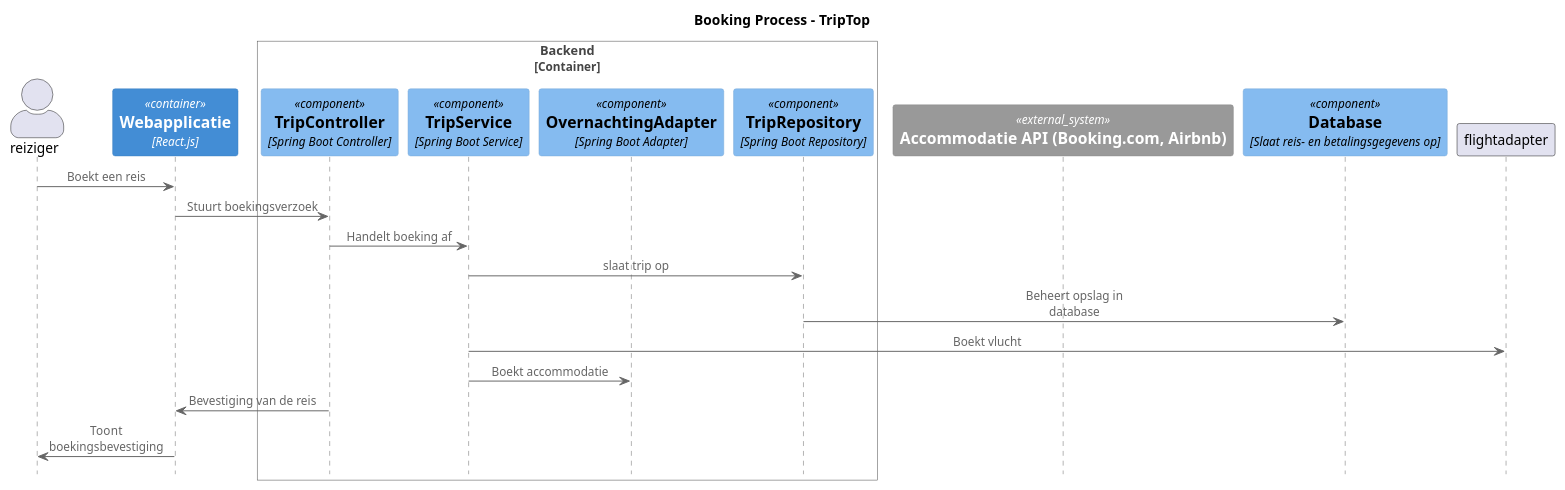
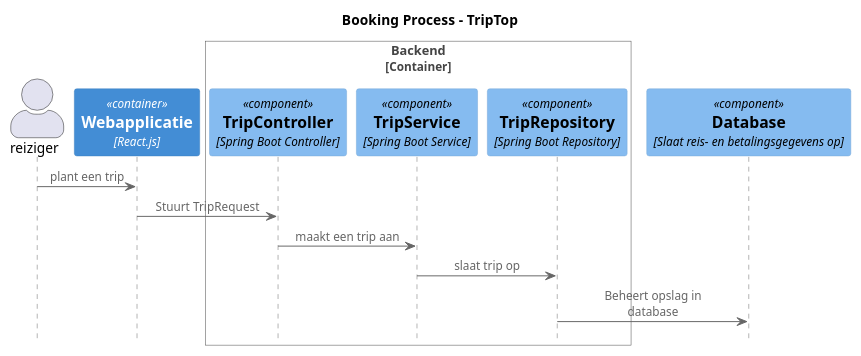
One commit to AIM-ENE-feb25/triptop-livingin-s-pain-nouri-siebe-boris changed the diagram in Nouri bijdrage/SequenceOnderwerpVraag.puml. Above: the diagram before and after it, drawn with PlantUML. The commit also changed 9 other files, not shown here.

```diff
--- a/Nouri bijdrage/SequenceOnderwerpVraag.puml
+++ b/Nouri bijdrage/SequenceOnderwerpVraag.puml
@@ -1,31 +1,25 @@
 @startuml
 !include https://raw.githubusercontent.com/plantuml-stdlib/C4-PlantUML/master/C4_Sequence.puml
 title Booking Process - TripTop
 
 actor reiziger
 
 
     Container(webApp, "Webapplicatie", "React.js", "Gebruikersinterface voor het plannen en beheren van reizen")
 
     Container_Boundary(cb, "Backend")
         Component(tripcontroller, "TripController", "Spring Boot Controller", "Ontvangt HTTP-verzoeken en verwerkt reisboekingen")
         Component(tripservice, "TripService", "Spring Boot Service", "Regelt de volledige afhandeling van boekingen en betalingen")
-        Component(stayadapter, "OvernachtingAdapter", "Spring Boot Adapter", "Regelt accommodaties bij boekingsplatformen")
         Component(triprepository, "TripRepository", "Spring Boot Repository", "Slaat boekingsgegevens op in de database")
 
 Boundary_End()
 
-System_Ext(stay, "Accommodatie API (Booking.com, Airbnb)", "Ontvangt reserveringen voor accommodaties")
 ComponentDb(db, "Database", "Slaat reis- en betalingsgegevens op")
 
-reiziger -> webApp: Boekt een reis
-webApp -> tripcontroller: Stuurt boekingsverzoek
-tripcontroller -> tripservice: Handelt boeking af
+reiziger -> webApp: plant een trip
+webApp -> tripcontroller: Stuurt TripRequest
+tripcontroller -> tripservice: maakt een trip aan
 tripservice -> triprepository: slaat trip op
 triprepository -> db: Beheert opslag in database
-tripservice -> flightadapter: Boekt vlucht
-tripservice -> stayadapter: Boekt accommodatie
-tripcontroller -> webApp: Bevestiging van de reis
-webApp -> reiziger: Toont boekingsbevestiging
 
 @enduml
```
